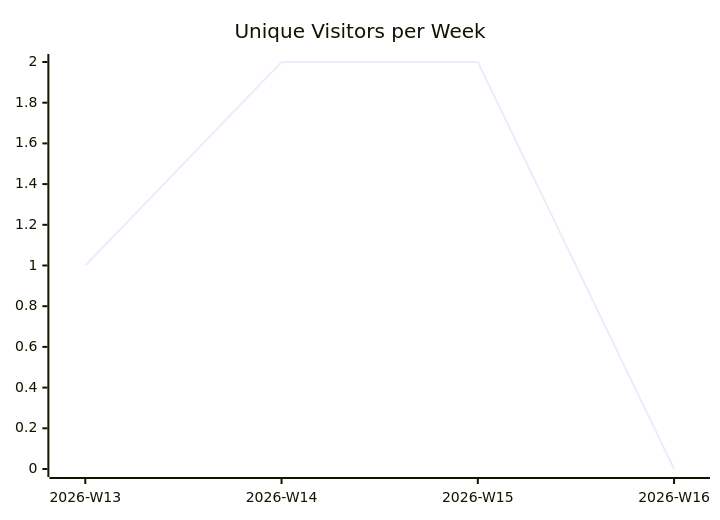
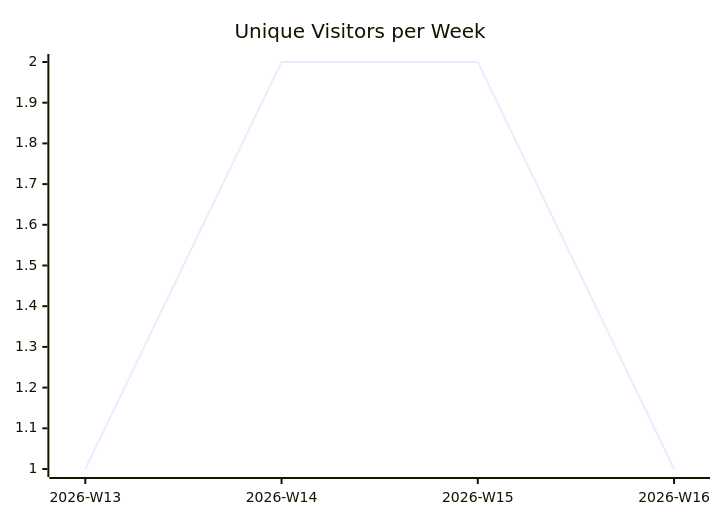
One commit to justdavis-family/github-analytics-data changed the first of 3 diagrams in karlmdavis/fhir-benchmarks/README.md. Above: the diagram before and after it, drawn with Mermaid. The commit also changed other lines of this file and 184 other files, not shown here.

````diff
--- a/karlmdavis/fhir-benchmarks/README.md
+++ b/karlmdavis/fhir-benchmarks/README.md
@@ -5,6 +5,6 @@
 ```mermaid
 xychart-beta
   title "Unique Visitors per Week"
   x-axis ["2026-W13", "2026-W14", "2026-W15", "2026-W16"]
-  line [1, 2, 2, 0]
+  line [1, 2, 2, 1]
 ```
````
